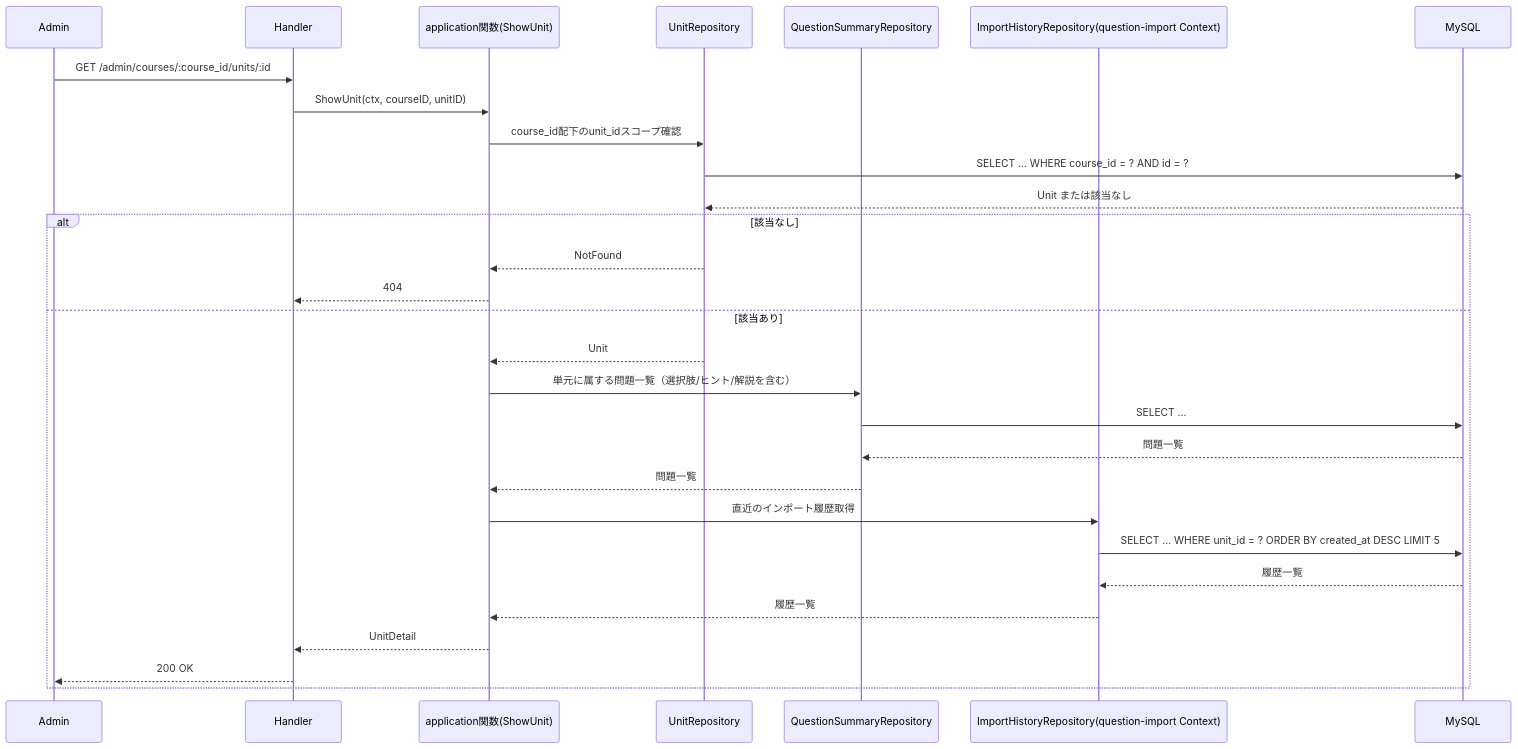
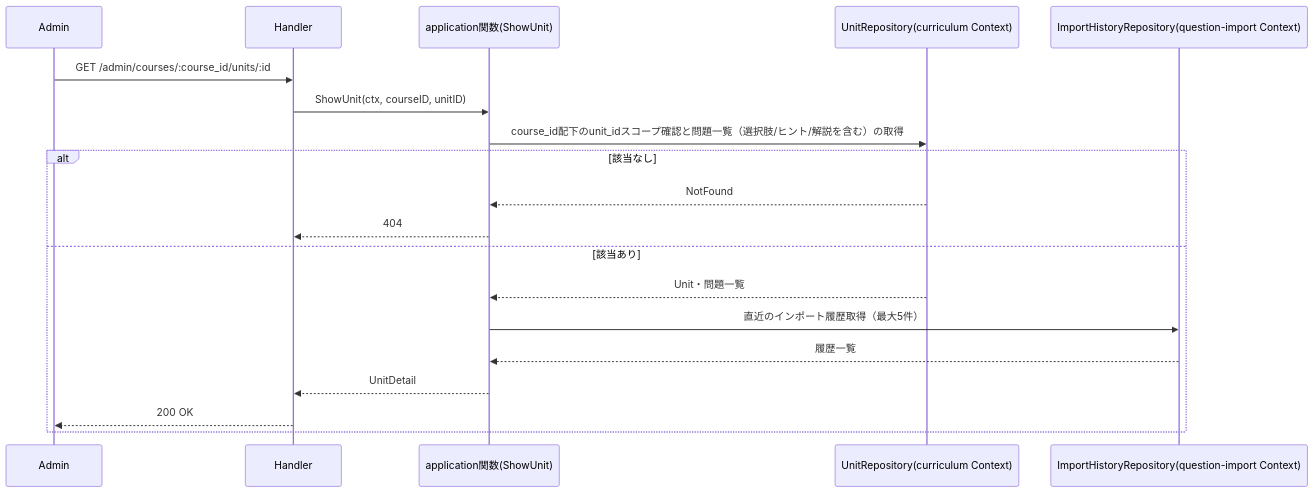
One commit to yuta20253/edu-platform-go-design changed the second of 3 diagrams in 計画書/GO移行・設計仕様書/管理者コース・単元参照機能_Go移行・設計仕様書.md. Above: the diagram before and after it, drawn with Mermaid. The commit also changed other lines of this file and 10 other files, not shown here.

````diff
--- a/計画書/GO移行・設計仕様書/管理者コース・単元参照機能_Go移行・設計仕様書.md
+++ b/計画書/GO移行・設計仕様書/管理者コース・単元参照機能_Go移行・設計仕様書.md
@@ -304,32 +294,22 @@
 ```mermaid
 sequenceDiagram
     participant Admin
     participant Handler
     participant App as application関数(ShowUnit)
-    participant UnitRepo as UnitRepository
-    participant QRepo as QuestionSummaryRepository
+    participant UnitRepo as UnitRepository(curriculum Context)
     participant ImportRepo as ImportHistoryRepository(question-import Context)
-    participant DB as MySQL
 
     Admin->>Handler: GET /admin/courses/:course_id/units/:id
     Handler->>App: ShowUnit(ctx, courseID, unitID)
-    App->>UnitRepo: course_id配下のunit_idスコープ確認
-    UnitRepo->>DB: SELECT ... WHERE course_id = ? AND id = ?
-    DB-->>UnitRepo: Unit または該当なし
+    App->>UnitRepo: course_id配下のunit_idスコープ確認と問題一覧（選択肢/ヒント/解説を含む）の取得
     alt 該当なし
         UnitRepo-->>App: NotFound
         App-->>Handler: 404
     else 該当あり
-        UnitRepo-->>App: Unit
-        App->>QRepo: 単元に属する問題一覧（選択肢/ヒント/解説を含む）
-        QRepo->>DB: SELECT ...
-        DB-->>QRepo: 問題一覧
-        QRepo-->>App: 問題一覧
-        App->>ImportRepo: 直近のインポート履歴取得
-        ImportRepo->>DB: SELECT ... WHERE unit_id = ? ORDER BY created_at DESC LIMIT 5
-        DB-->>ImportRepo: 履歴一覧
+        UnitRepo-->>App: Unit・問題一覧
+        App->>ImportRepo: 直近のインポート履歴取得（最大5件）
         ImportRepo-->>App: 履歴一覧
         App-->>Handler: UnitDetail
         Handler-->>Admin: 200 OK
     end
 ```
````
